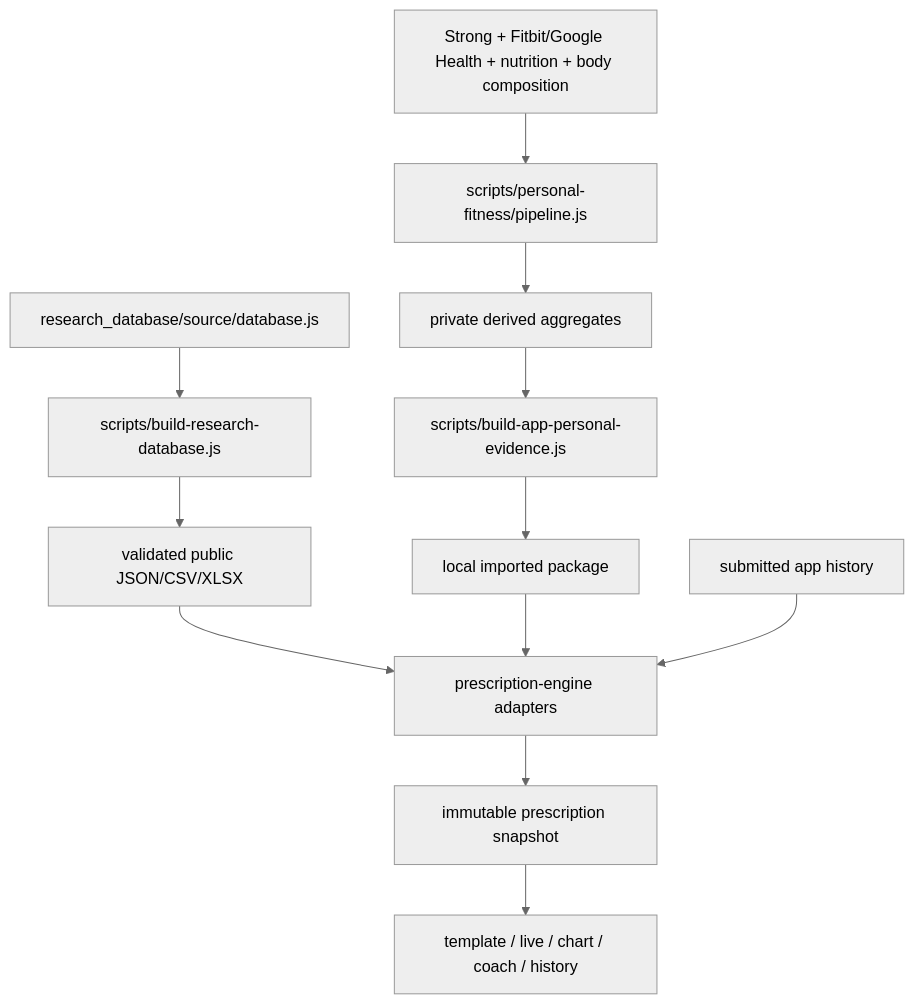
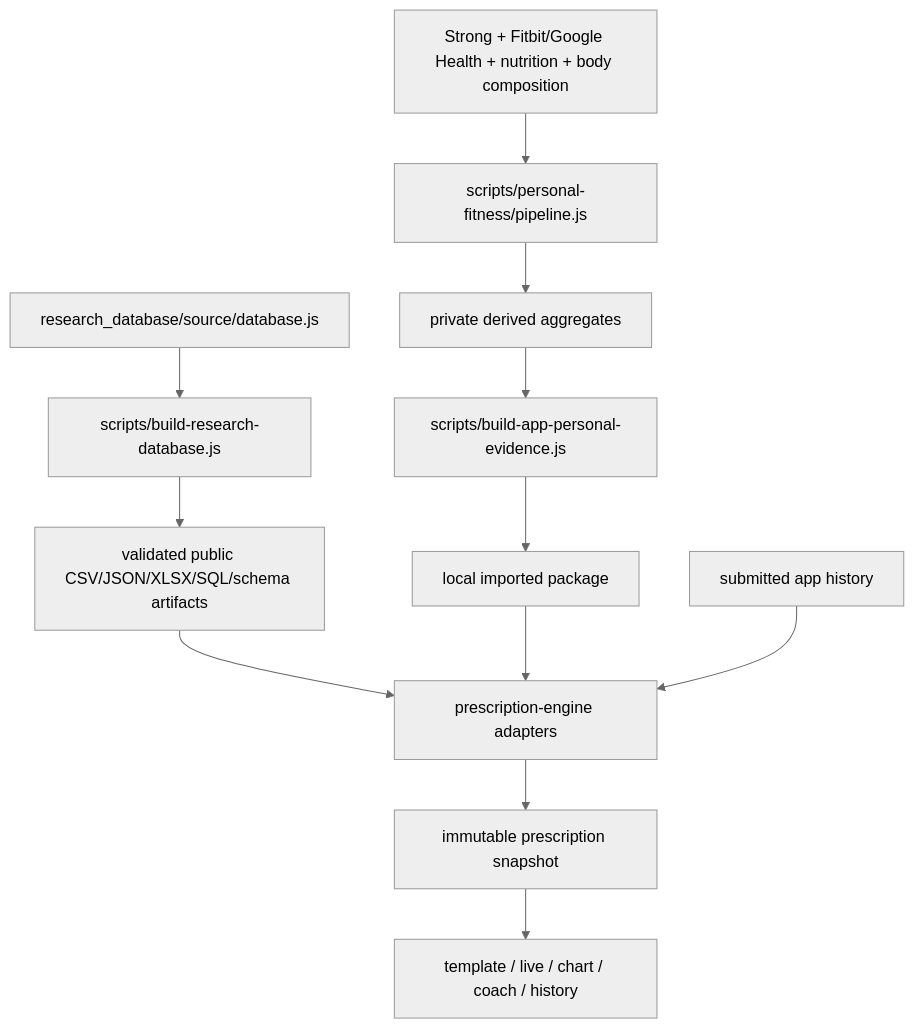
Before and after one commit to emills314-star/comprehensive-fitness: the third of 3 diagrams in docs/ARCHITECTURE.md, drawn with Mermaid (neutral theme). The commit also changed other lines of this file and 9 other files, not shown here.

````diff
--- a/docs/ARCHITECTURE.md
+++ b/docs/ARCHITECTURE.md
@@ -111,14 +111,14 @@
 ```mermaid
 flowchart TD
   ResearchSource[research_database/source/database.js] --> Build[scripts/build-research-database.js]
-  Build --> ResearchExports[validated public JSON/CSV/XLSX]
+  Build --> ResearchExports[validated public CSV/JSON/XLSX/SQL/schema artifacts]
   PrivateExports[Strong + Fitbit/Google Health + nutrition + body composition] --> PersonalPipeline[scripts/personal-fitness/pipeline.js]
   PersonalPipeline --> Aggregates[private derived aggregates]
   Aggregates --> EvidenceBuilder[scripts/build-app-personal-evidence.js]
   EvidenceBuilder --> Imported[local imported package]
   ResearchExports --> Adapters[prescription-engine adapters]
   Imported --> Adapters
   AppHistory[submitted app history] --> Adapters
   Adapters --> Snapshot[immutable prescription snapshot]
   Snapshot --> Surfaces[template / live / chart / coach / history]
 ```
````
